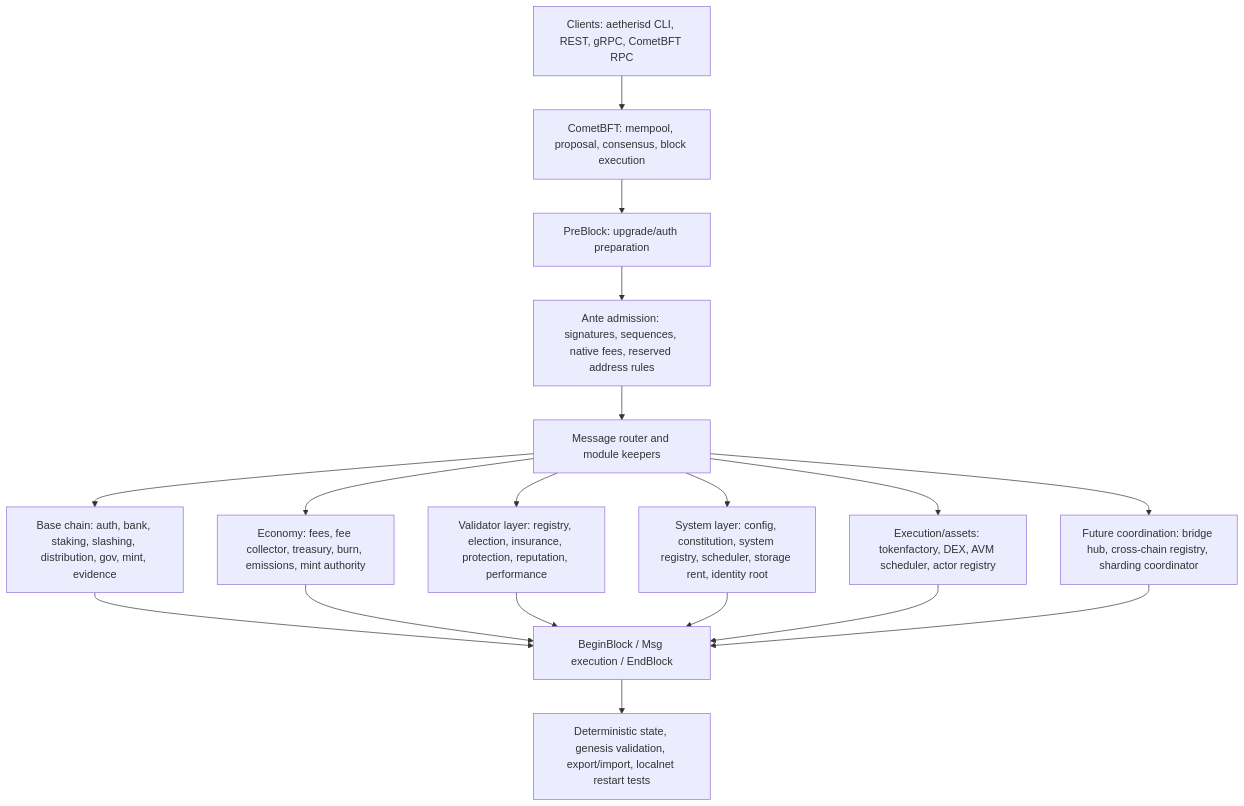
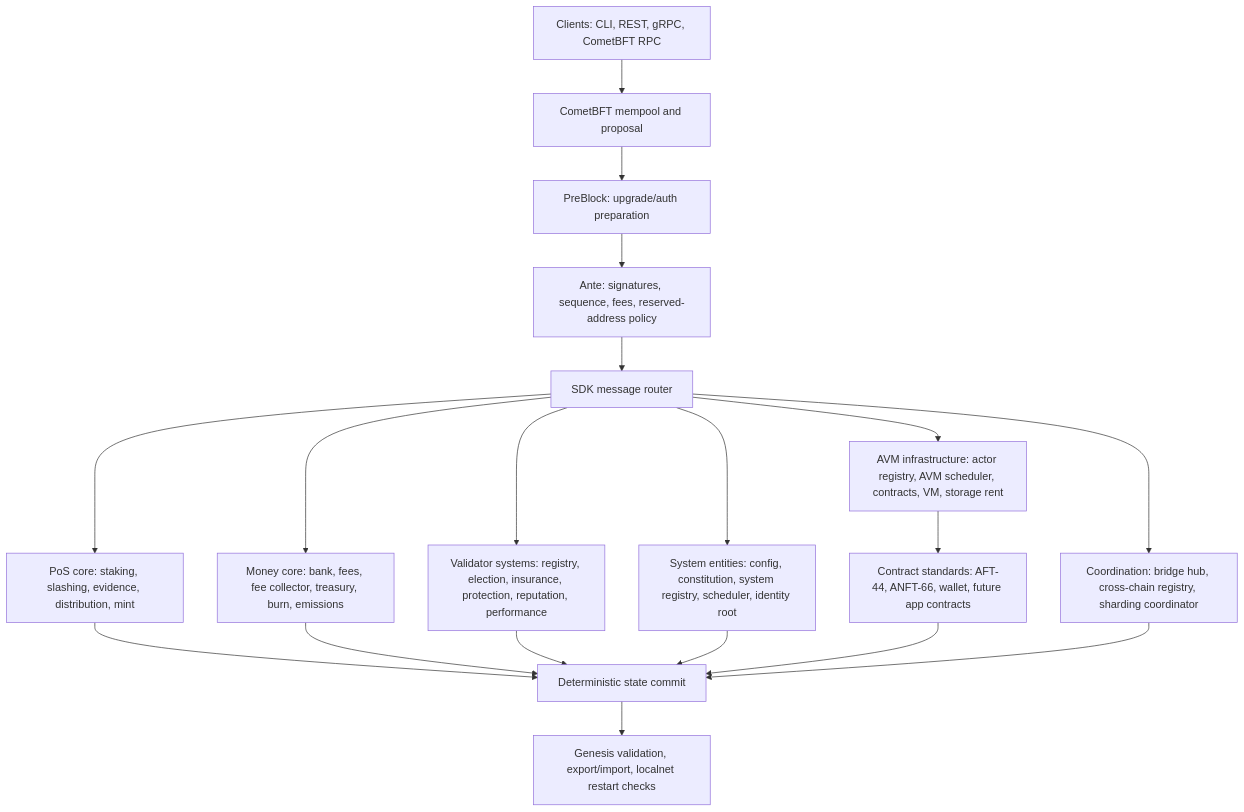
One commit to SoftwareMaestro16/L1-Blockchain changed the diagram in README.md. Above: the diagram before and after it, drawn with Mermaid. The commit also changed other lines of this file and 170 other files, not shown here.

Commit message:
refactor: move app logic to AVM contract surface

````diff
--- a/README.md
+++ b/README.md
@@ -19,23 +23,24 @@
 ```mermaid
 flowchart TD
-  CLIENT["Clients: aetherisd CLI, REST, gRPC, CometBFT RPC"]
-  CLIENT --> CONSENSUS["CometBFT: mempool, proposal, consensus, block execution"]
-  CONSENSUS --> PREBLOCK["PreBlock: upgrade/auth preparation"]
-  PREBLOCK --> ANTE["Ante admission: signatures, sequences, native fees, reserved address rules"]
-  ANTE --> ROUTER["Message router and module keepers"]
+  CLIENT["Clients: CLI, REST, gRPC, CometBFT RPC"]
+  CLIENT --> MEMPOOL["CometBFT mempool and proposal"]
+  MEMPOOL --> PREBLOCK["PreBlock: upgrade/auth preparation"]
+  PREBLOCK --> ANTE["Ante: signatures, sequence, fees, reserved-address policy"]
+  ANTE --> ROUTER["SDK message router"]
 
-  ROUTER --> BASE["Base chain: auth, bank, staking, slashing, distribution, gov, mint, evidence"]
-  ROUTER --> ECON["Economy: fees, fee collector, treasury, burn, emissions, mint authority"]
-  ROUTER --> VALIDATORS["Validator layer: registry, election, insurance, protection, reputation, performance"]
-  ROUTER --> SYSTEM["System layer: config, constitution, system registry, scheduler, storage rent, identity root"]
-  ROUTER --> EXECUTION["Execution/assets: tokenfactory, DEX, AVM scheduler, actor registry"]
-  ROUTER --> NETWORK["Future coordination: bridge hub, cross-chain registry, sharding coordinator"]
+  ROUTER --> POS["PoS core: staking, slashing, evidence, distribution, mint"]
+  ROUTER --> MONEY["Money core: bank, fees, fee collector, treasury, burn, emissions"]
+  ROUTER --> VALIDATORS["Validator systems: registry, election, insurance, protection, reputation, performance"]
+  ROUTER --> SYSTEM["System entities: config, constitution, system registry, scheduler, identity root"]
+  ROUTER --> AVM["AVM infrastructure: actor registry, AVM scheduler, contracts, VM, storage rent"]
+  ROUTER --> FUTURE["Coordination: bridge hub, cross-chain registry, sharding coordinator"]
 
-  BASE --> BLOCK["BeginBlock / Msg execution / EndBlock"]
-  ECON --> BLOCK
-  VALIDATORS --> BLOCK
-  SYSTEM --> BLOCK
-  EXECUTION --> BLOCK
-  NETWORK --> BLOCK
-  BLOCK --> STATE["Deterministic state, genesis validation, export/import, localnet restart tests"]
+  AVM --> CONTRACTS["Contract standards: AFT-44, ANFT-66, wallet, future app contracts"]
+  POS --> COMMIT["Deterministic state commit"]
+  MONEY --> COMMIT
+  VALIDATORS --> COMMIT
+  SYSTEM --> COMMIT
+  CONTRACTS --> COMMIT
+  FUTURE --> COMMIT
+  COMMIT --> EXPORT["Genesis validation, export/import, localnet restart checks"]
 ```
````
